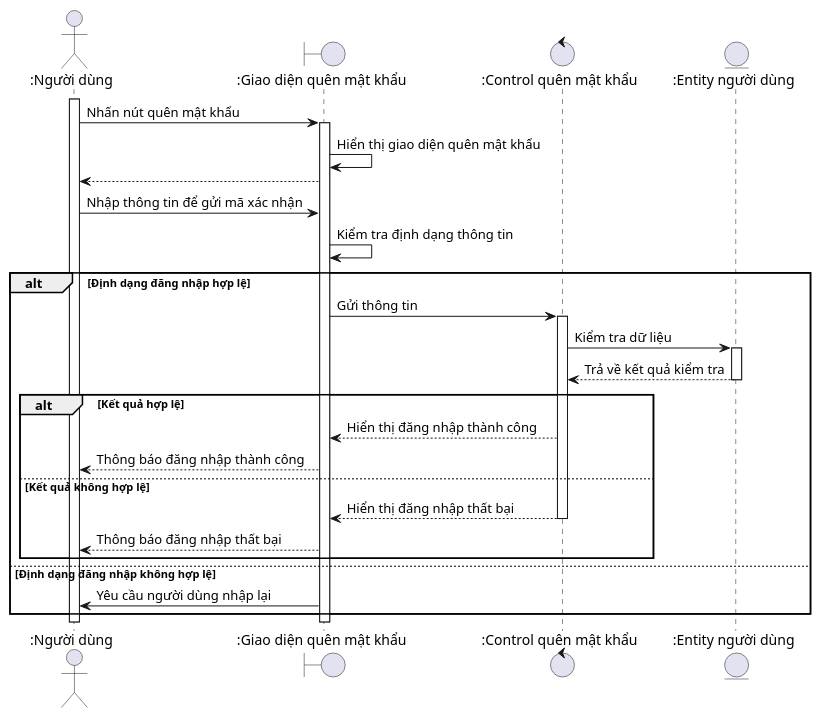
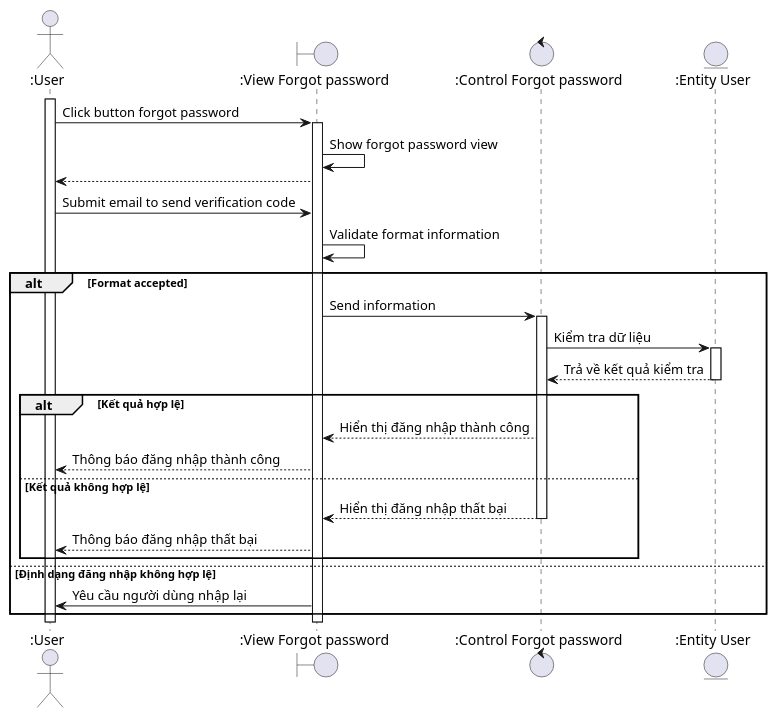
One commit to techcomrade/fmECG changed the diagram in diagram/sequence/mobile_app/forgot_password.pu. Above: the diagram before and after it, drawn with PlantUML. The commit also changed 14 other files, not shown here.

Commit message:
feature(diagram): add all app sequence diagrams

```diff
--- a/diagram/sequence/mobile_app/forgot_password.pu
+++ b/diagram/sequence/mobile_app/forgot_password.pu
@@ -1,34 +1,35 @@
 @startuml
 
-actor ":Người dùng" as User
-boundary ":Giao diện quên mật khẩu" as ClientApp
-control ":Control quên mật khẩu" as Control
-entity ":Entity người dùng" as Entity
+actor ":User" as User
+boundary ":View Forgot password" as ClientApp
+control ":Control Forgot password" as Control
+entity ":Entity User" as Entity
 
 activate User
-User -> ClientApp: Nhấn nút quên mật khẩu
+User -> ClientApp: Click button forgot password
 activate ClientApp
-ClientApp -> ClientApp: Hiển thị giao diện quên mật khẩu
+ClientApp -> ClientApp: Show forgot password view
 ClientApp --> User
-User -> ClientApp: Nhập thông tin để gửi mã xác nhận
-ClientApp -> ClientApp: Kiểm tra định dạng thông tin
-alt Định dạng đăng nhập hợp lệ
-  ClientApp -> Control: Gửi thông tin 
+User -> ClientApp: Submit email to send verification code
+ClientApp -> ClientApp: Validate format information
+alt Format accepted
+  ClientApp -> Control: Send information 
   activate Control
-  Control -> Entity: Kiểm tra dữ liệu
+  Control -> Entity: Kiểm tra dữ liệu 
+  ' keep fixing and asking MRTuan
   activate Entity
   Entity --> Control: Trả về kết quả kiểm tra
   deactivate Entity
   alt Kết quả hợp lệ
     Control --> ClientApp: Hiển thị đăng nhập thành công
     ClientApp --> User: Thông báo đăng nhập thành công
   else Kết quả không hợp lệ
     Control --> ClientApp: Hiển thị đăng nhập thất bại
     deactivate Control
     ClientApp --> User: Thông báo đăng nhập thất bại 
   end
 
 else Định dạng đăng nhập không hợp lệ
   ClientApp -> User: Yêu cầu người dùng nhập lại
 end
 @enduml
```
